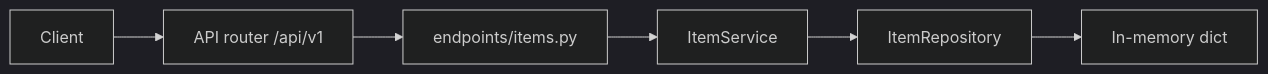
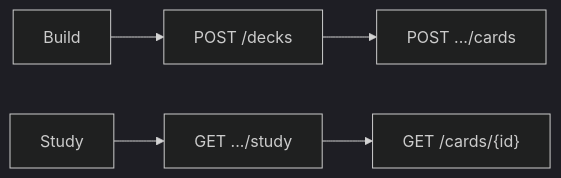
One commit to poluru-labs/fastapi-realworld-projects changed the diagram in beginner/fastapi-flashcards/README.md. Above: the diagram before and after it, drawn with Mermaid (dark theme). The commit also changed other lines of this file and 21 other files, not shown here.

````diff
--- a/beginner/fastapi-flashcards/README.md
+++ b/beginner/fastapi-flashcards/README.md
@@ -33,8 +68,7 @@
 ```mermaid
 flowchart LR
-  Client --> Router["API router /api/v1"]
-  Router --> Endpoints["endpoints/items.py"]
-  Endpoints --> Service["ItemService"]
-  Service --> Repo["ItemRepository"]
-  Repo --> Memory["In-memory dict"]
+  Build --> Deck["POST /decks"]
+  Deck --> Card["POST .../cards"]
+  Study --> Session["GET .../study"]
+  Session --> Flip["GET /cards/{id}"]
 ```
````
